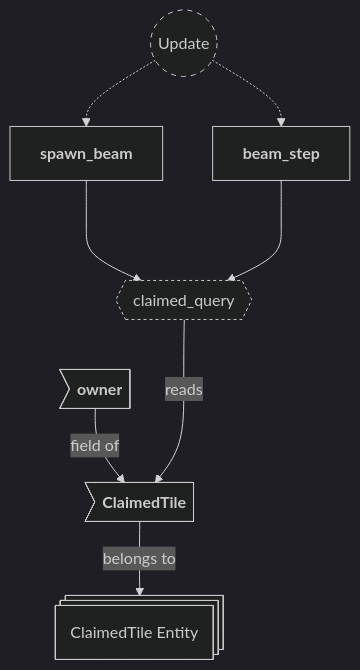
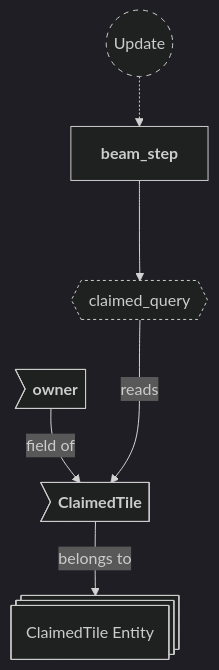
One commit to neurosoup/tyled changed the eighth of 14 diagrams in backlog/docs/doc-7 - 006-Beam-plugin.md. Above: the diagram before and after it, drawn with Mermaid. The commit also changed other lines of this file and 12 other files, not shown here.

````diff
--- a/backlog/docs/doc-7 - 006-Beam-plugin.md
+++ b/backlog/docs/doc-7 - 006-Beam-plugin.md
@@ -315,28 +313,25 @@
 ```mermaid
 ---
 config:
   theme: dark
 ---
 
 flowchart TD
 classDef system-group stroke-dasharray: 5 5
 classDef query stroke-dasharray: 3 3
 
 update(("`Update`")):::system-group
-spawn_beam["`**spawn_beam**`"]
 beam_step["`**beam_step**`"]
 
-update -.-> spawn_beam
 update -.-> beam_step
 
 claimed_query{{"`claimed_query`"}}:::query
-spawn_beam ---> claimed_query
 beam_step ---> claimed_query
 
 claimed_tile_entity@{ shape: st-rect, label: "ClaimedTile Entity" }
 
 ct_claimed>"`**ClaimedTile**`"] --> |belongs to| claimed_tile_entity
 ct_owner>"`**owner**`"] --> |field of| ct_claimed
 
 claimed_query ---> |reads| ct_claimed
 ```
````
